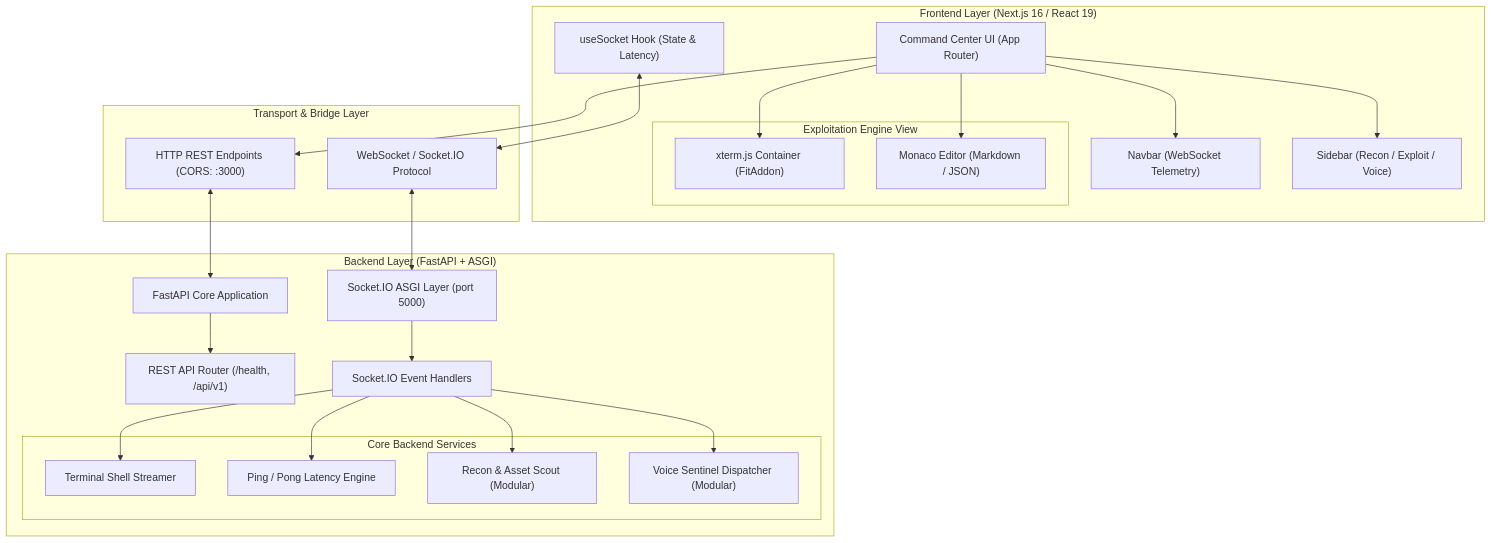
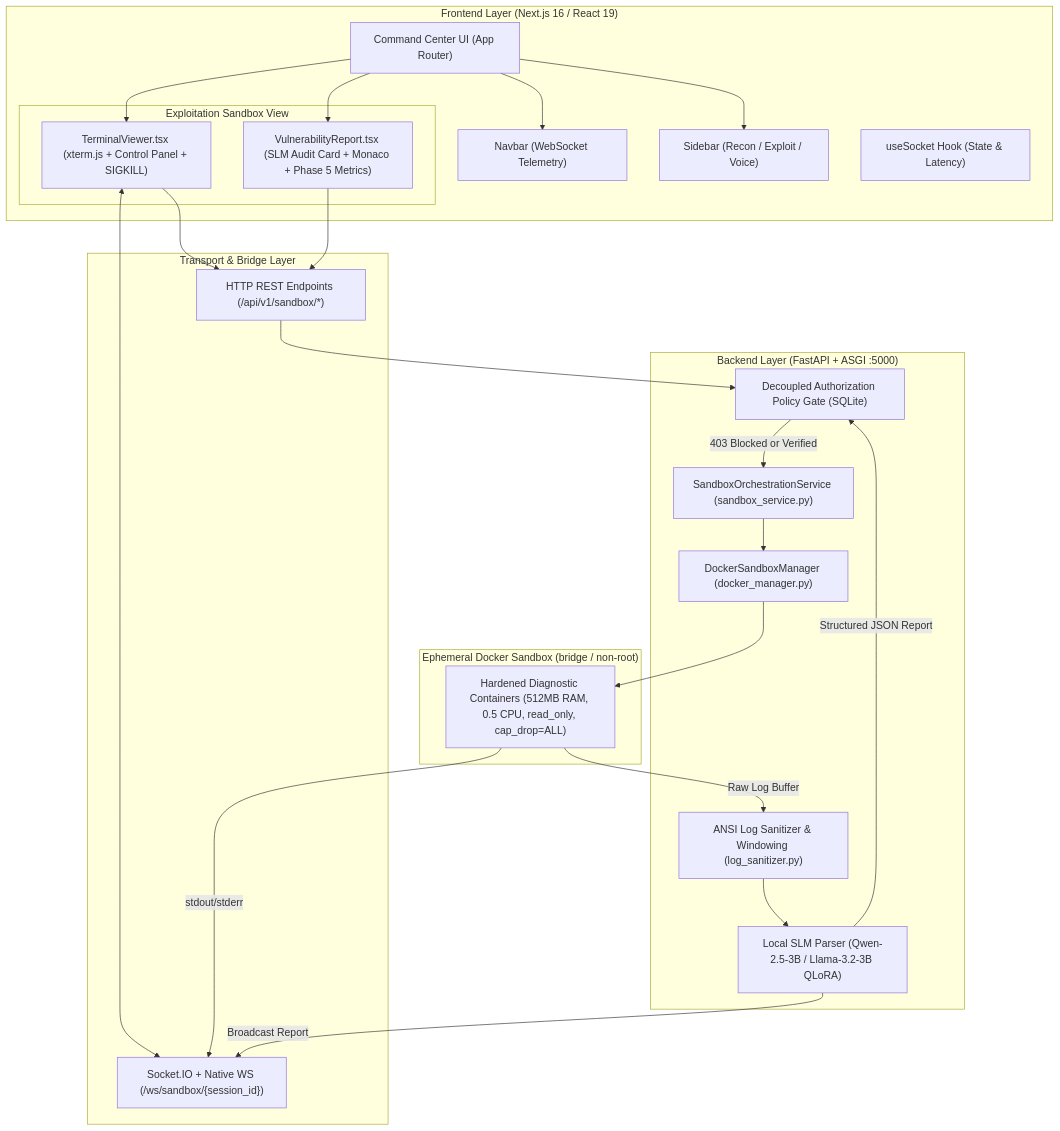
Before and after one commit to vishalbarai007/Red-Shield: the diagram in doc/architecture.md, drawn with Mermaid. The commit also changed other lines of this file and 56 other files, not shown here.

Commit message:
docker sandbox.

````diff
--- a/doc/architecture.md
+++ b/doc/architecture.md
@@ -15,52 +15,48 @@
 ```mermaid
 graph TD
     subgraph "Frontend Layer (Next.js 16 / React 19)"
         UI["Command Center UI (App Router)"]
         Nav["Navbar (WebSocket Telemetry)"]
         Sidebar["Sidebar (Recon / Exploit / Voice)"]
         Hook["useSocket Hook (State & Latency)"]
         
-        subgraph "Exploitation Engine View"
-            TermComp["xterm.js Container (FitAddon)"]
-            MonacoComp["Monaco Editor (Markdown / JSON)"]
+        subgraph "Exploitation Sandbox View"
+            TermComp["TerminalViewer.tsx (xterm.js + Control Panel + SIGKILL)"]
+            ReportComp["VulnerabilityReport.tsx (SLM Audit Card + Monaco + Phase 5 Metrics)"]
         end
     end
 
     subgraph "Transport & Bridge Layer"
-        WSS["WebSocket / Socket.IO Protocol"]
-        REST["HTTP REST Endpoints (CORS: :3000)"]
+        WSS["Socket.IO + Native WS (/ws/sandbox/{session_id})"]
+        REST["HTTP REST Endpoints (/api/v1/sandbox/*)"]
     end
 
-    subgraph "Backend Layer (FastAPI + ASGI)"
-        ASGI["Socket.IO ASGI Layer (port 5000)"]
-        FastAPIApp["FastAPI Core Application"]
-        Router["REST API Router (/health, /api/v1)"]
-        EventDispatcher["Socket.IO Event Handlers"]
-        
-        subgraph "Core Backend Services"
-            TerminalHandler["Terminal Shell Streamer"]
-            HeartbeatHandler["Ping / Pong Latency Engine"]
-            ReconEngine["Recon & Asset Scout (Modular)"]
-            VoiceEngine["Voice Sentinel Dispatcher (Modular)"]
-        end
+    subgraph "Backend Layer (FastAPI + ASGI :5000)"
+        PolicyGate["Decoupled Authorization Policy Gate (SQLite)"]
+        SandboxSvc["SandboxOrchestrationService (sandbox_service.py)"]
+        DockerMgr["DockerSandboxManager (docker_manager.py)"]
+        Sanitizer["ANSI Log Sanitizer & Windowing (log_sanitizer.py)"]
+        SLMEngine["Local SLM Parser (Qwen-2.5-3B / Llama-3.2-3B QLoRA)"]
+    end
+
+    subgraph "Ephemeral Docker Sandbox (bridge / non-root)"
+        Containers["Hardened Diagnostic Containers (512MB RAM, 0.5 CPU, read_only, cap_drop=ALL)"]
     end
 
     UI --> Nav
     UI --> Sidebar
     UI --> TermComp
-    UI --> MonacoComp
-    
-    Hook <--> WSS
-    UI --> REST
-    
-    WSS <--> ASGI
-    REST <--> FastAPIApp
-    
-    ASGI --> EventDispatcher
-    EventDispatcher --> TerminalHandler
-    EventDispatcher --> HeartbeatHandler
-    EventDispatcher --> ReconEngine
-    EventDispatcher --> VoiceEngine
-    
-    FastAPIApp --> Router
+    UI --> ReportComp
+    TermComp --> REST
+    TermComp <--> WSS
+    ReportComp --> REST
+    REST --> PolicyGate
+    PolicyGate -->|403 Blocked or Verified| SandboxSvc
+    SandboxSvc --> DockerMgr
+    DockerMgr --> Containers
+    Containers -->|stdout/stderr| WSS
+    Containers -->|Raw Log Buffer| Sanitizer
+    Sanitizer --> SLMEngine
+    SLMEngine -->|Structured JSON Report| PolicyGate
+    SLMEngine -->|Broadcast Report| WSS
 ```
````
